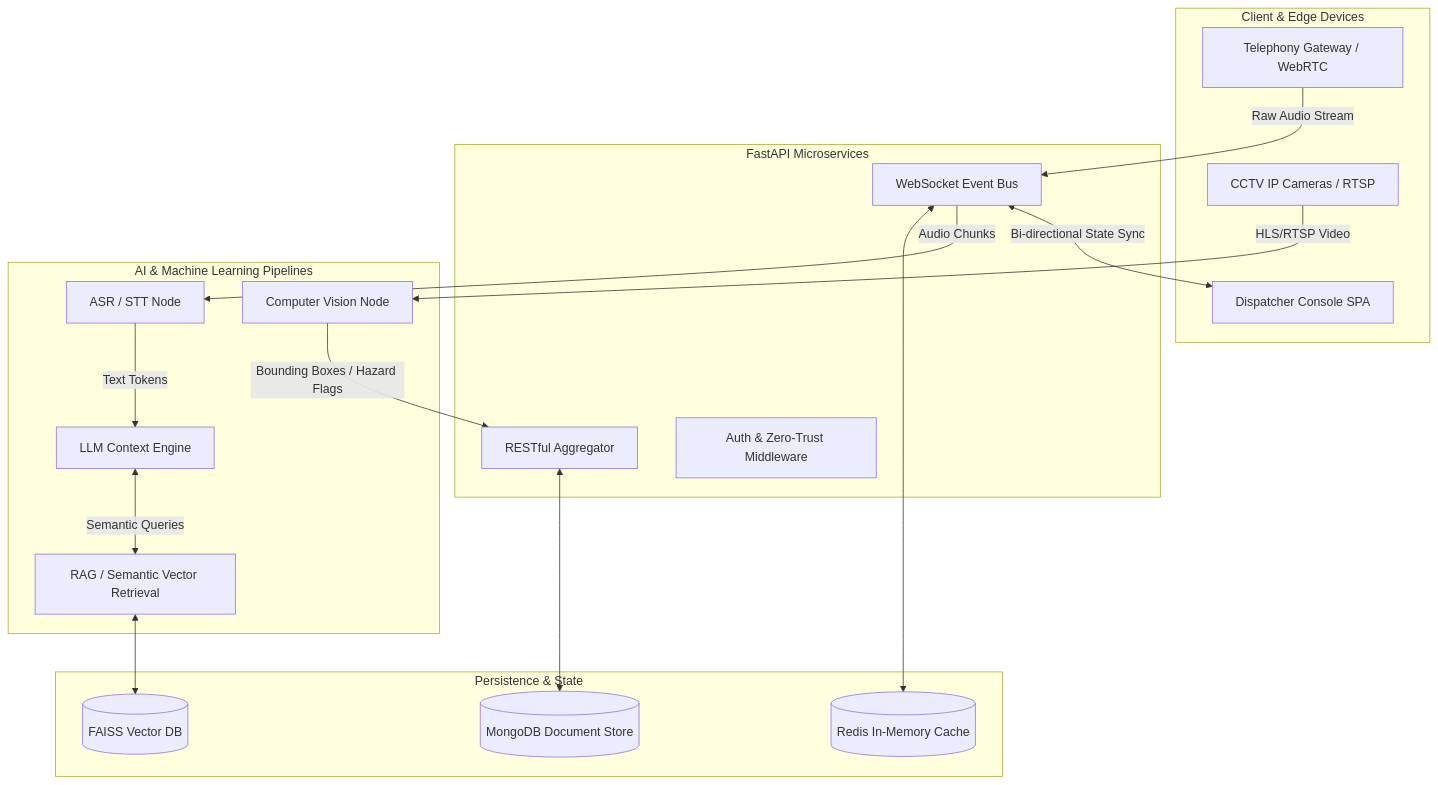
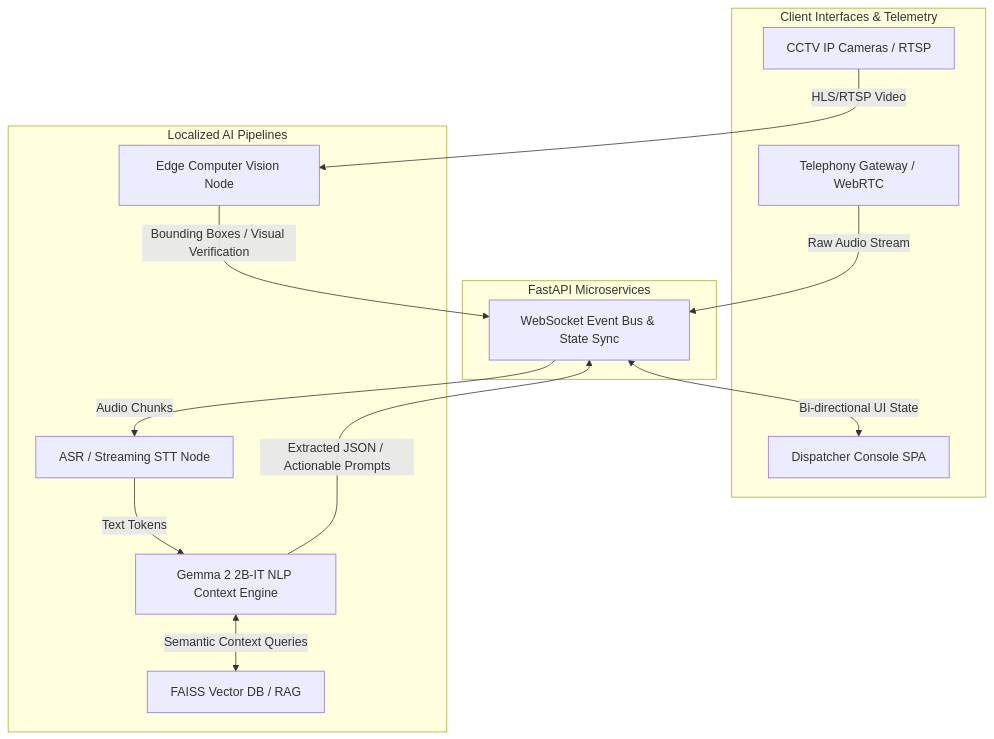
The first of 4 diagrams in README.md (Rakshi2609/E-mrg), drawn with Mermaid before and after one commit. The commit also changed other lines of this file and 64 other files, not shown here.

Commit message:
docs: strictly enforce guidelines across writeup and readme (unified architecture, softened claims, verified Gemma 2 2B, unified repo URLs)

````diff
--- a/README.md
+++ b/README.md
@@ -35,40 +35,29 @@
 ```mermaid
 graph TD
-    subgraph Edge_Layer [Client & Edge Devices]
+    subgraph Edge_Client [Client Interfaces & Telemetry]
         A[Telephony Gateway / WebRTC]
         B[Dispatcher Console SPA]
         C[CCTV IP Cameras / RTSP]
     end
 
     subgraph API_Gateway [FastAPI Microservices]
-        D[WebSocket Event Bus]
-        E[RESTful Aggregator]
-        F[Auth & Zero-Trust Middleware]
+        D[WebSocket Event Bus & State Sync]
     end
 
-    subgraph Inference_Mesh [AI & Machine Learning Pipelines]
-        G[ASR / STT Node]
-        H[LLM Context Engine]
-        I[Computer Vision Node]
-        J[RAG / Semantic Vector Retrieval]
-    end
-
-    subgraph Data_Lake [Persistence & State]
-        K[(MongoDB Document Store)]
-        L[(FAISS Vector DB)]
-        M[(Redis In-Memory Cache)]
+    subgraph Inference_Mesh [Localized AI Pipelines]
+        G[ASR / Streaming STT Node]
+        H[Gemma 2 2B-IT NLP Context Engine]
+        I[Edge Computer Vision Node]
+        J[FAISS Vector DB / RAG]
     end
 
     A -->|Raw Audio Stream| D
-    D <-->|Bi-directional State Sync| B
+    D <-->|Bi-directional UI State| B
     C -->|HLS/RTSP Video| I
     
     D -->|Audio Chunks| G
     G -->|Text Tokens| H
-    H <-->|Semantic Queries| J
-    J <--> L
-    I -->|Bounding Boxes / Hazard Flags| E
-    
-    E <--> K
-    D <--> M
+    H <-->|Semantic Context Queries| J
+    H -->|Extracted JSON / Actionable Prompts| D
+    I -->|Bounding Boxes / Visual Verification| D
 ```
````
